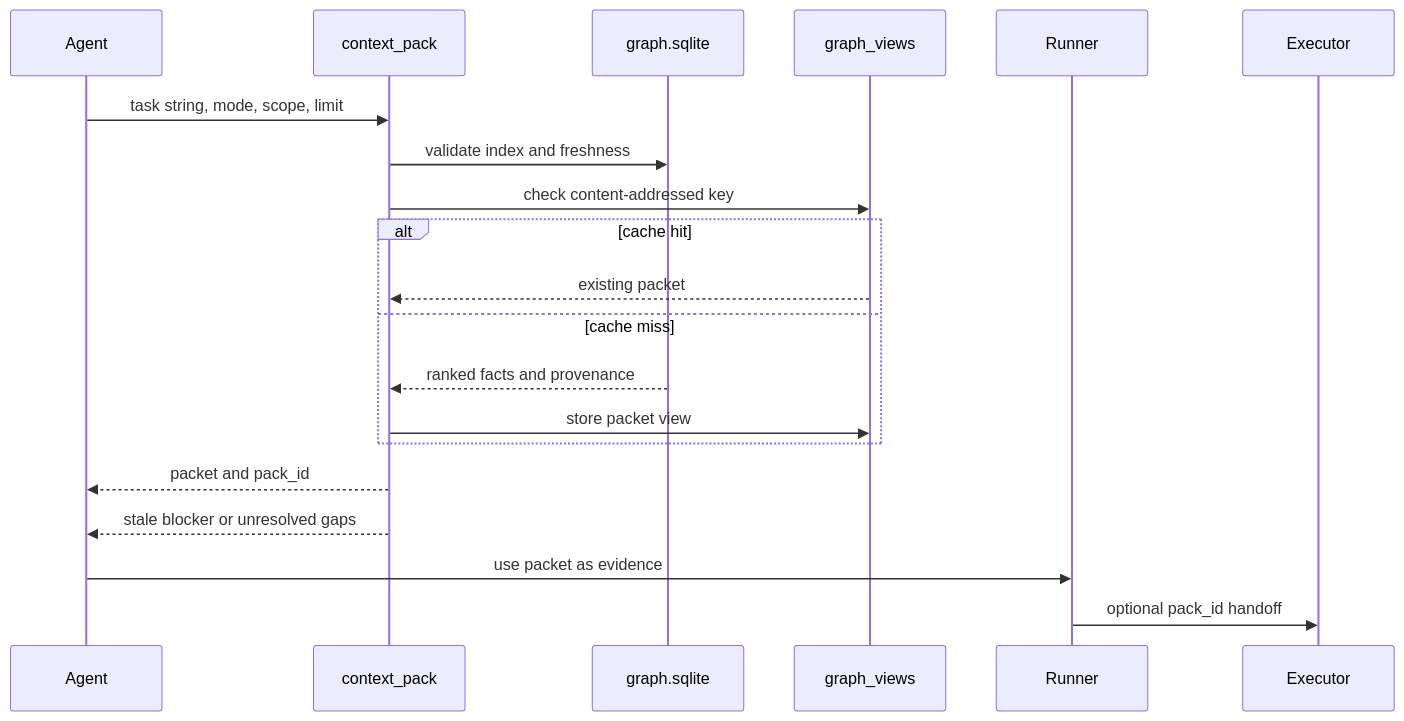
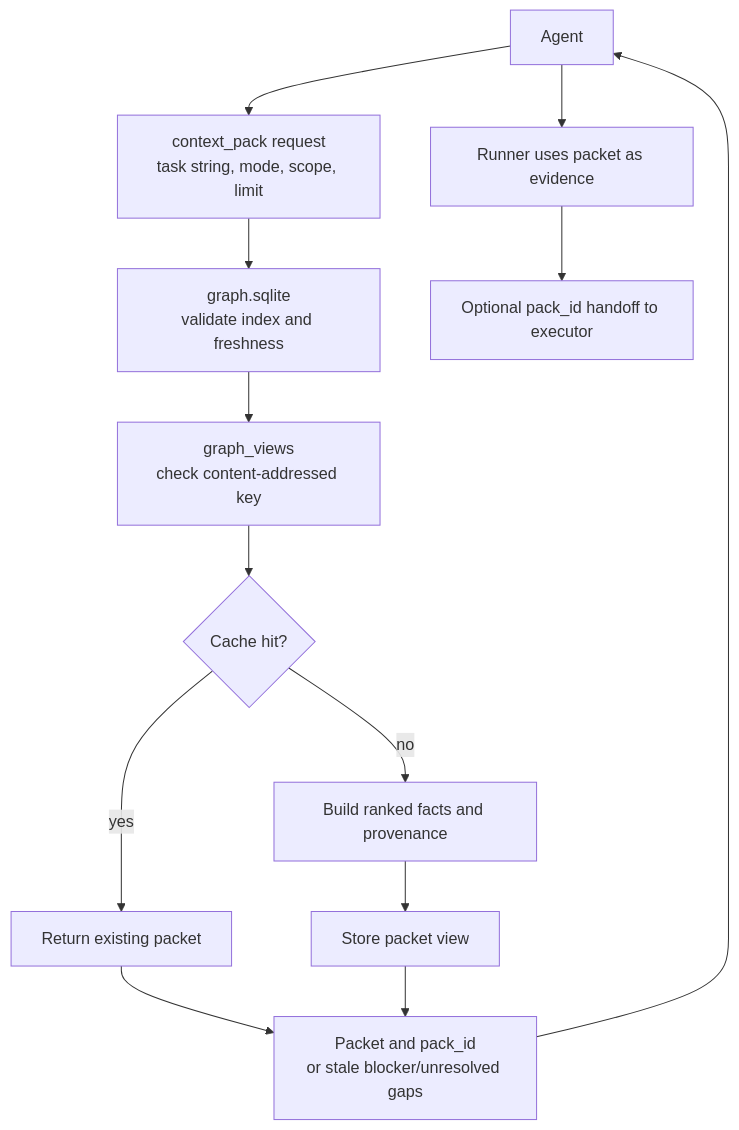
Before and after one commit to BLuchterhand/Idiom: the second of 2 diagrams in docs/obsidian/07 - Repository Memory and Context Graph.md, drawn with Mermaid. The commit also changed 16 other files, not shown here.

Commit message:
docs: mark roadmap items in obsidian notes

````diff
--- a/docs/obsidian/07 - Repository Memory and Context Graph.md
+++ b/docs/obsidian/07 - Repository Memory and Context Graph.md
@@ -68,23 +68,19 @@
 ```mermaid
-sequenceDiagram
-    participant Agent
-    participant Tool as context_pack
-    participant Graph as graph.sqlite
-    participant Cache as graph_views
-    participant Runner
-    participant Executor
+flowchart TD
+    Agent["Agent"]
+    Request["context_pack request<br/>task string, mode, scope, limit"]
+    Graph["graph.sqlite<br/>validate index and freshness"]
+    Cache["graph_views<br/>check content-addressed key"]
+    Hit{"Cache hit?"}
+    Existing["Return existing packet"]
+    Build["Build ranked facts and provenance"]
+    Store["Store packet view"]
+    Result["Packet and pack_id<br/>or stale blocker/unresolved gaps"]
+    Runner["Runner uses packet as evidence"]
+    Executor["Optional pack_id handoff to executor"]
 
-    Agent->>Tool: task string, mode, scope, limit
-    Tool->>Graph: validate index and freshness
-    Tool->>Cache: check content-addressed key
-    alt cache hit
-        Cache-->>Tool: existing packet
-    else cache miss
-        Graph-->>Tool: ranked facts and provenance
-        Tool->>Cache: store packet view
-    end
-    Tool-->>Agent: packet and pack_id
-    Tool-->>Agent: stale blocker or unresolved gaps
-    Agent->>Runner: use packet as evidence
-    Runner->>Executor: optional pack_id handoff
+    Agent --> Request --> Graph --> Cache --> Hit
+    Hit -- yes --> Existing --> Result
+    Hit -- no --> Build --> Store --> Result
+    Result --> Agent --> Runner --> Executor
 ```
````
